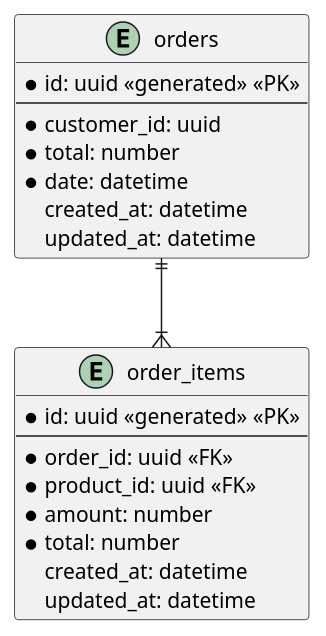
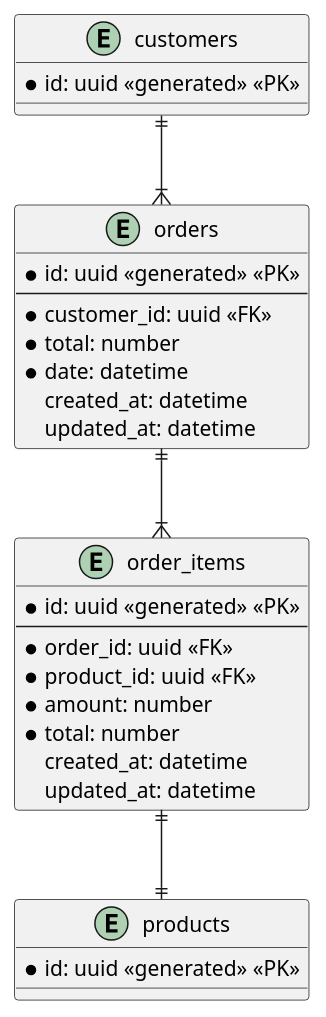
One commit to ericoalmeida/poc-prisma.io-orm changed the diagram in docs/order-erd.puml. Above: the diagram before and after it, drawn with PlantUML. The commit also changed 2 other files, not shown here.

Commit message:
feat: add models for order context

```diff
--- a/docs/order-erd.puml
+++ b/docs/order-erd.puml
@@ -1,26 +1,36 @@
 @startuml courses
+
+entity customers{
+  * id: uuid <<generated>> <<PK>>
+}
+
+entity products{
+  * id: uuid <<generated>> <<PK>>
+}
 
 entity orders{
   * id: uuid <<generated>> <<PK>>
   --
-  * customer_id: uuid
+  * customer_id: uuid <<FK>>
   * total: number
   * date: datetime
     created_at: datetime
     updated_at: datetime
 }
 
 entity order_items{
   * id: uuid <<generated>> <<PK>>
   --
   * order_id: uuid <<FK>>
   * product_id: uuid <<FK>>
   * amount: number
   * total: number
     created_at: datetime
     updated_at: datetime
 }
 
+customers||--|{orders
 orders||--|{order_items
+order_items||--||products
 
 @enduml
```
